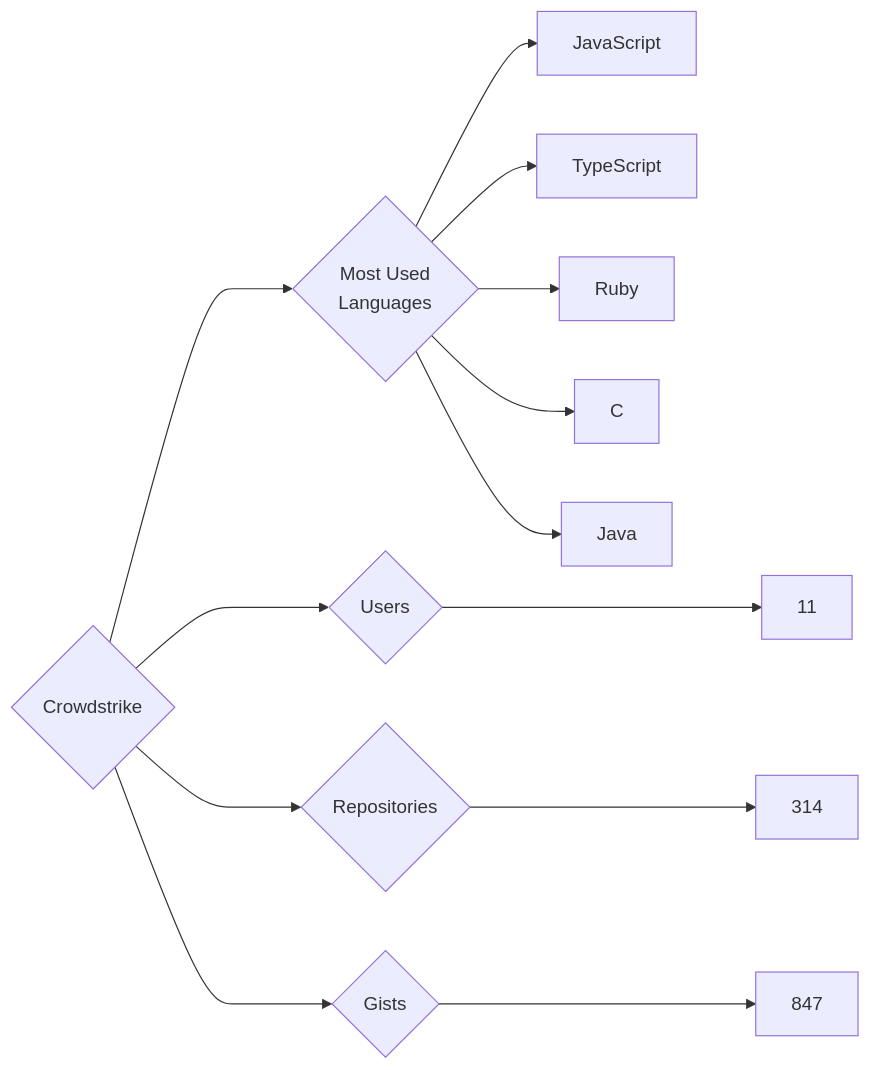
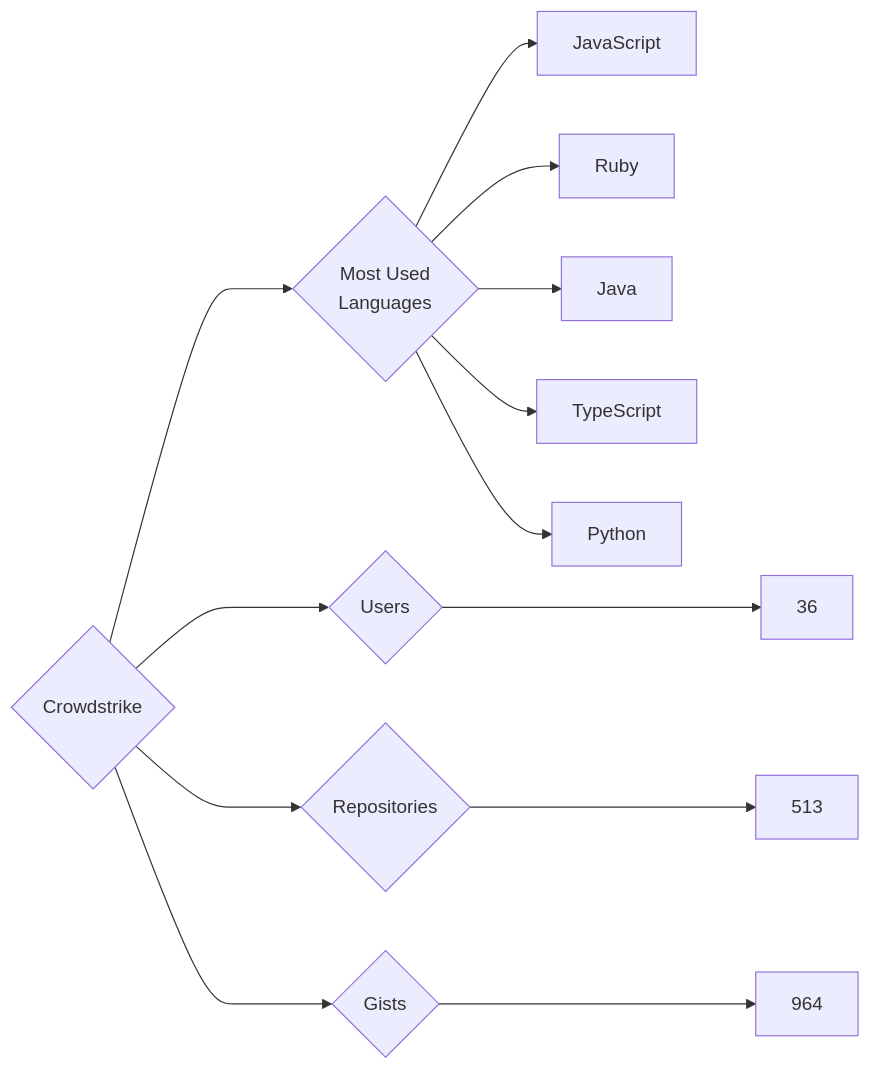
The diagram in targets/Crowdstrike/README.md (trickest/insiders), drawn with Mermaid before and after one commit. The commit also changed 888 other files, not shown here.

````diff
--- a/targets/Crowdstrike/README.md
+++ b/targets/Crowdstrike/README.md
@@ -3,13 +3,13 @@
 ```mermaid
 graph LR
 COMPANY_NAME{Crowdstrike}
-COMPANY_NAME ---> U{Users} ---> UN[11]
-COMPANY_NAME ---> R{Repositories} ---> RN[314]
-COMPANY_NAME ---> G{Gists} ---> GN[847]
+COMPANY_NAME ---> U{Users} ---> UN[36]
+COMPANY_NAME ---> R{Repositories} ---> RN[513]
+COMPANY_NAME ---> G{Gists} ---> GN[964]
 COMPANY_NAME ---> ML{Most Used<br>Languages}
 ML --> JavaScript[JavaScript]
+ML --> Ruby[Ruby]
+ML --> Java[Java]
 ML --> TypeScript[TypeScript]
-ML --> Ruby[Ruby]
-ML --> C[C]
-ML --> Java[Java]
+ML --> Python[Python]
 ```
````
